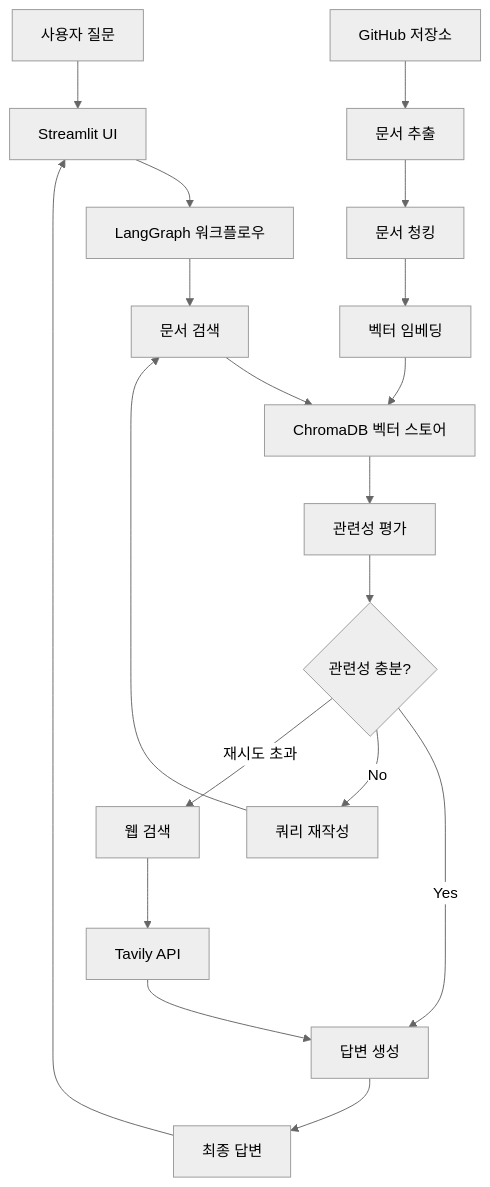
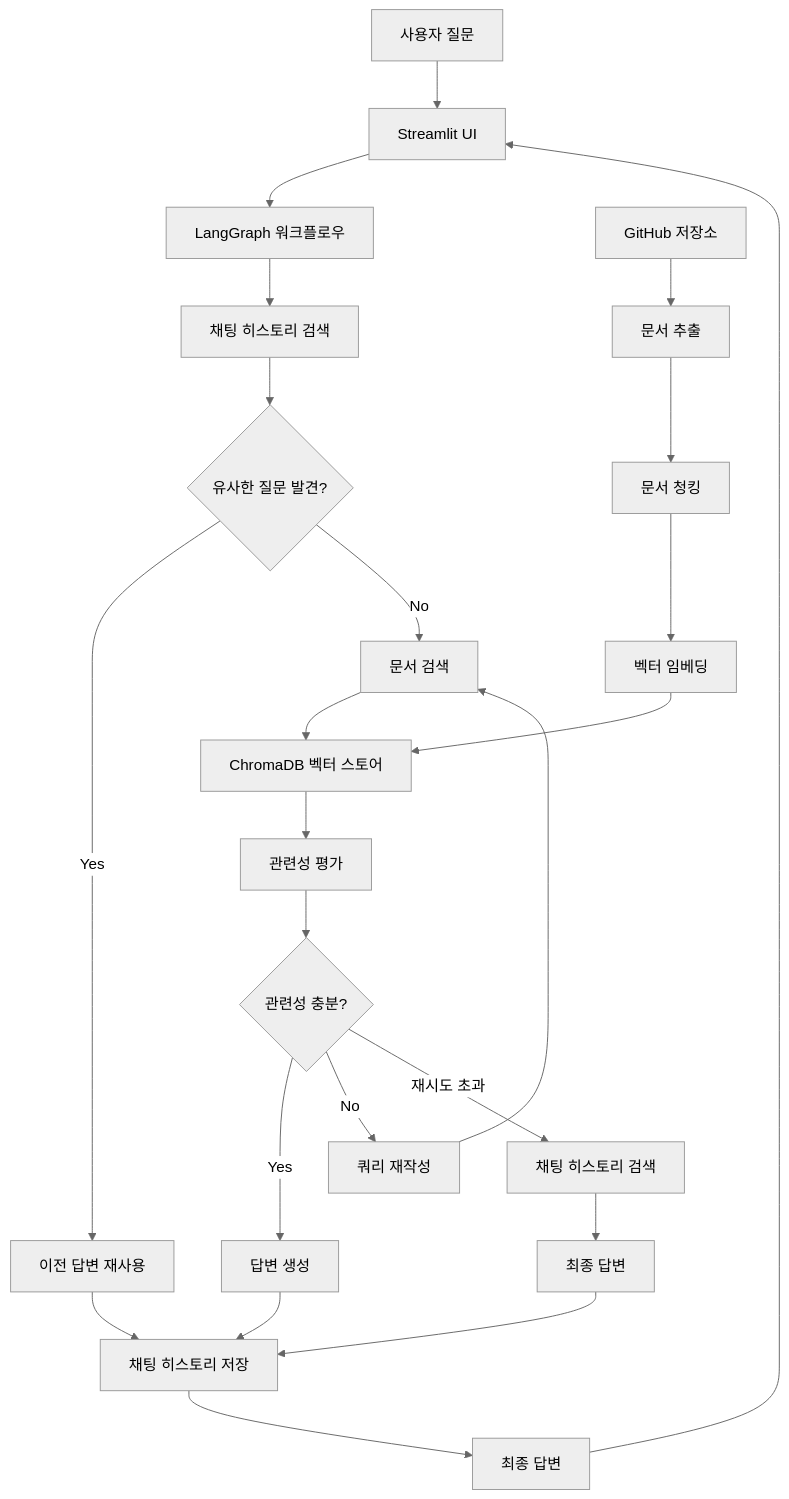
The diagram in 02_chatbot_agent/README.md (palendy/02_AI_Agent), drawn with Mermaid (neutral theme) before and after one commit. The commit also changed other lines of this file and 21 other files, not shown here.

First line of the commit message:
feat: Add chat history system and remove Tavily API

````diff
--- a/02_chatbot_agent/README.md
+++ b/02_chatbot_agent/README.md
@@ -64,22 +69,27 @@
 ```mermaid
 graph TB
     A[사용자 질문] --> B[Streamlit UI]
     B --> C[LangGraph 워크플로우]
-    C --> D[문서 검색]
-    D --> E[ChromaDB 벡터 스토어]
-    E --> F[관련성 평가]
-    F --> G{관련성 충분?}
-    G -->|Yes| H[답변 생성]
-    G -->|No| I[쿼리 재작성]
-    I --> D
-    G -->|재시도 초과| J[웹 검색]
-    J --> K[Tavily API]
-    K --> H
-    H --> L[최종 답변]
-    L --> B
+    C --> D[채팅 히스토리 검색]
+    D --> E{유사한 질문 발견?}
+    E -->|Yes| F[이전 답변 재사용]
+    E -->|No| G[문서 검색]
+    G --> H[ChromaDB 벡터 스토어]
+    H --> I[관련성 평가]
+    I --> J{관련성 충분?}
+    J -->|Yes| K[답변 생성]
+    J -->|No| L[쿼리 재작성]
+    L --> G
+    J -->|재시도 초과| M[채팅 히스토리 검색]
+    M --> N[최종 답변]
+    K --> O[채팅 히스토리 저장]
+    F --> O
+    N --> O
+    O --> P[최종 답변]
+    P --> B
     
-    M[GitHub 저장소] --> N[문서 추출]
-    N --> O[문서 청킹]
-    O --> P[벡터 임베딩]
-    P --> E
+    Q[GitHub 저장소] --> R[문서 추출]
+    R --> S[문서 청킹]
+    S --> T[벡터 임베딩]
+    T --> H
 ```
````
